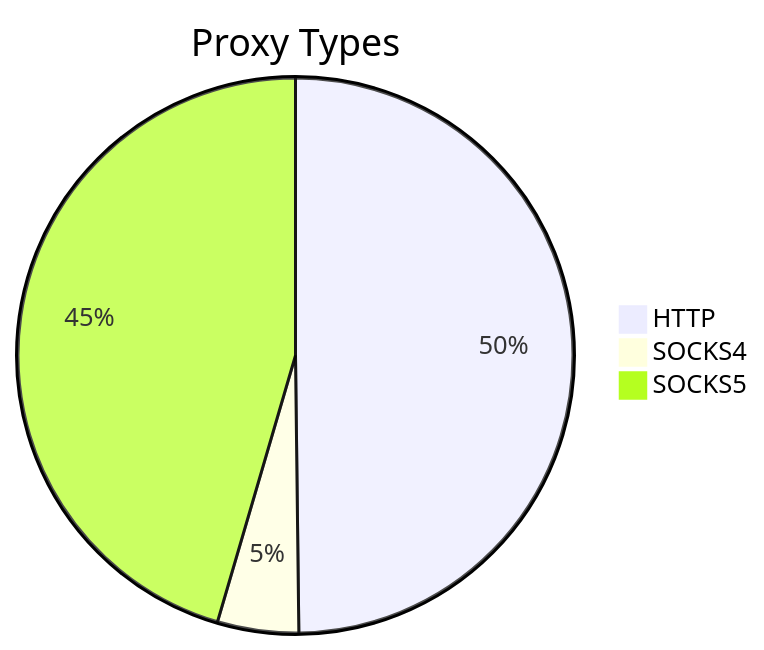
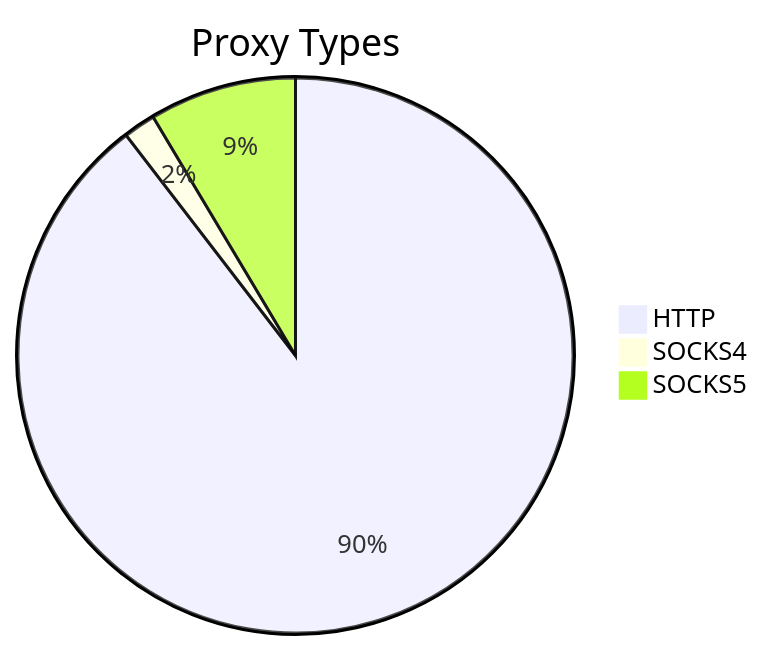
Before and after one commit to stormsia/proxy-list: the first of 2 diagrams in README.md, drawn with Mermaid. The commit also changed other lines of this file, not shown here.

````diff
--- a/README.md
+++ b/README.md
@@ -21,6 +21,6 @@
 ```mermaid
 pie title Proxy Types
-    "HTTP" : 516
-    "SOCKS4" : 49
-    "SOCKS5" : 471
+    "HTTP" : 1245
+    "SOCKS4" : 26
+    "SOCKS5" : 119
 ```
````
